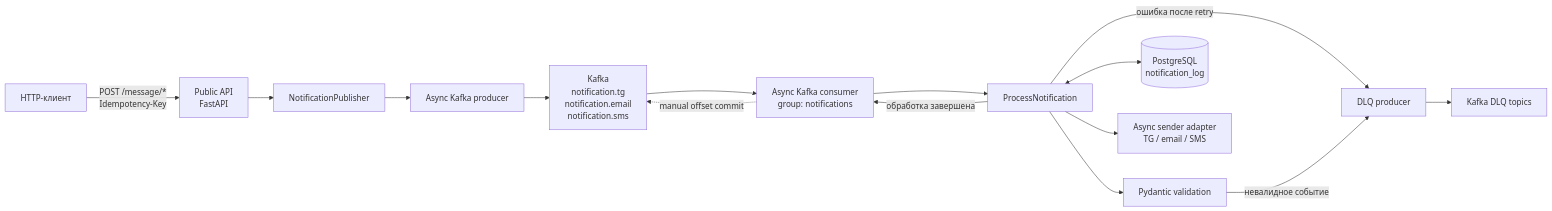
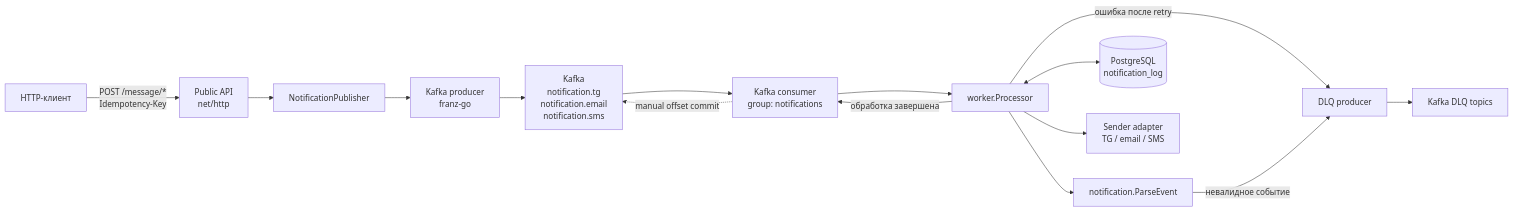
One commit to SpaghettiRebel/Notification-Service changed the first of 2 diagrams in README.md. Above: the diagram before and after it, drawn with Mermaid. The commit also changed other lines of this file and 79 other files, not shown here.

````diff
--- a/README.md
+++ b/README.md
@@ -60,19 +69,19 @@
 ```mermaid
 flowchart LR
-    Client["HTTP-клиент"] -->|"POST /message/*<br/>Idempotency-Key"| API["Public API<br/>FastAPI"]
+    Client["HTTP-клиент"] -->|"POST /message/*<br/>Idempotency-Key"| API["Public API<br/>net/http"]
     API --> UC["NotificationPublisher"]
-    UC --> AP["Async Kafka producer"]
+    UC --> AP["Kafka producer<br/>franz-go"]
     AP --> Topics["Kafka<br/>notification.tg<br/>notification.email<br/>notification.sms"]
 
-    Topics --> Consumer["Async Kafka consumer<br/>group: notifications"]
-    Consumer --> Processor["ProcessNotification"]
-    Processor --> Validator["Pydantic validation"]
+    Topics --> Consumer["Kafka consumer<br/>group: notifications"]
+    Consumer --> Processor["worker.Processor"]
+    Processor --> Validator["notification.ParseEvent"]
     Processor <--> DB[("PostgreSQL<br/>notification_log")]
-    Processor --> Sender["Async sender adapter<br/>TG / email / SMS"]
+    Processor --> Sender["Sender adapter<br/>TG / email / SMS"]
     Processor -->|"ошибка после retry"| DP["DLQ producer"]
     Validator -->|"невалидное событие"| DP
     DP --> DLQ["Kafka DLQ topics"]
 
     Processor -->|"обработка завершена"| Consumer
     Consumer -. "manual offset commit" .-> Topics
 ```
````
